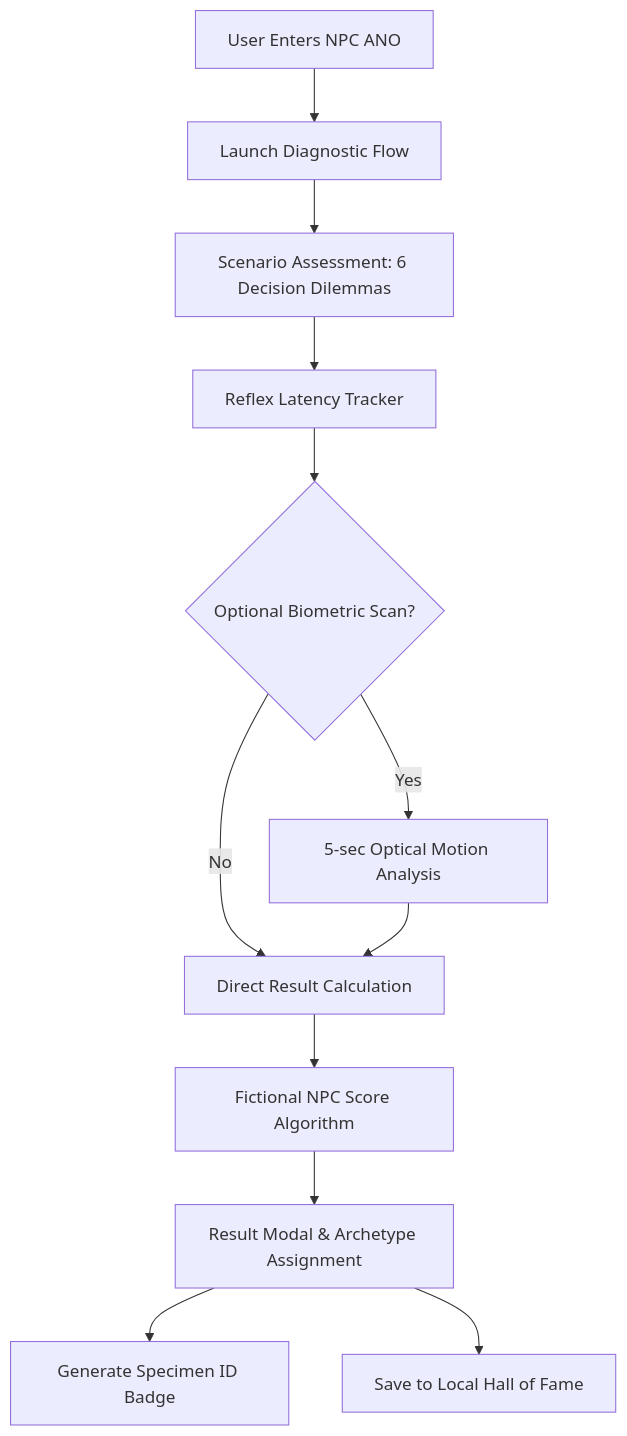
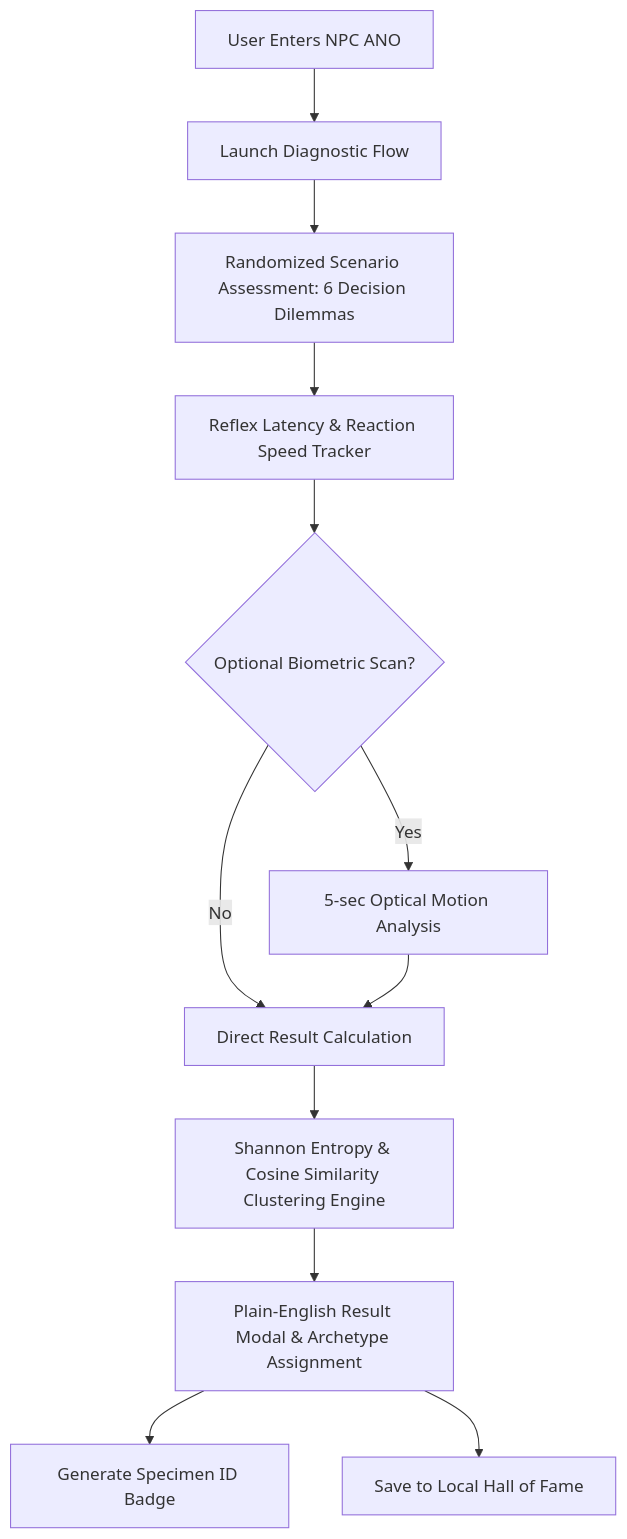
One commit to RifanMuhammed/useless_project_temp changed the diagram in README.md. Above: the diagram before and after it, drawn with Mermaid. The commit also changed other lines of this file and 2 other files, not shown here.

Commit message:
Update README with teammate 2 Kevin P Tom, feature add-ons, and calibrated scoring engine

````diff
--- a/README.md
+++ b/README.md
@@ -71,14 +74,14 @@
 ```mermaid
 graph TD
     A[User Enters NPC ANO] --> B[Launch Diagnostic Flow]
-    B --> C[Scenario Assessment: 6 Decision Dilemmas]
-    C --> D[Reflex Latency Tracker]
+    B --> C[Randomized Scenario Assessment: 6 Decision Dilemmas]
+    C --> D[Reflex Latency & Reaction Speed Tracker]
     D --> E{Optional Biometric Scan?}
     E -- Yes --> F[5-sec Optical Motion Analysis]
     E -- No --> G[Direct Result Calculation]
     F --> G
-    G --> H[Fictional NPC Score Algorithm]
-    H --> I[Result Modal & Archetype Assignment]
+    G --> H[Shannon Entropy & Cosine Similarity Clustering Engine]
+    H --> I[Plain-English Result Modal & Archetype Assignment]
     I --> J[Generate Specimen ID Badge]
     I --> K[Save to Local Hall of Fame]
 ```
````
